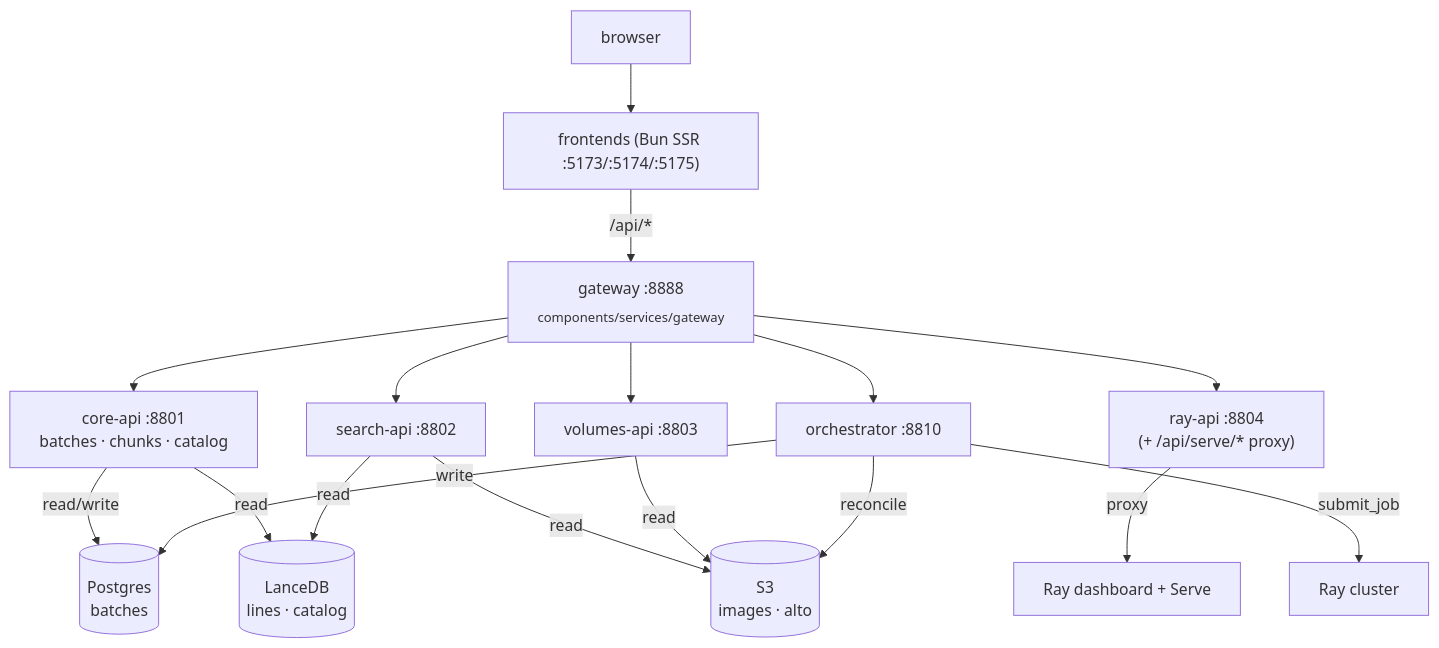
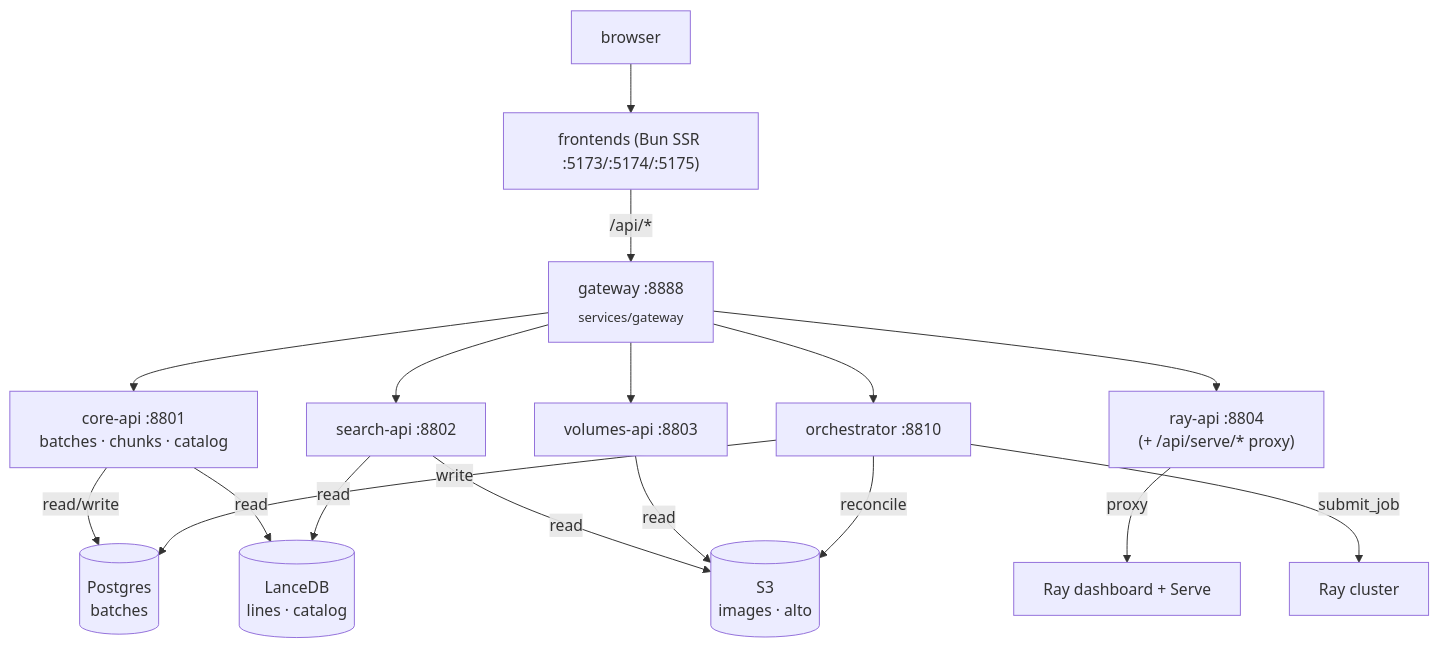
One commit to AI-Riksarkivet/rask changed the diagram in docs/architecture/microservices.md. Above: the diagram before and after it, drawn with Mermaid. The commit also changed other lines of this file and 519 other files, not shown here.

````diff
--- a/docs/architecture/microservices.md
+++ b/docs/architecture/microservices.md
@@ -53,20 +53,20 @@
 ```mermaid
 flowchart TD
     browser["browser"] --> fe["frontends (Bun SSR :5173/:5174/:5175)"]
-    fe -->|/api/*| gw["gateway :8888<br/><sub>components/services/gateway</sub>"]
+    fe -->|/api/*| gw["gateway :8888<br/><sub>services/gateway</sub>"]
     gw --> core["core-api :8801<br/>batches · chunks · catalog"]
     gw --> search["search-api :8802"]
     gw --> volumes["volumes-api :8803"]
     gw --> rayapi["ray-api :8804<br/>(+ /api/serve/* proxy)"]
     gw --> orch["orchestrator :8810"]
 
     core -->|read/write| pg[("Postgres<br/>batches")]
     core -->|read| lance[("LanceDB<br/>lines · catalog")]
     search -->|read| lance
     search -->|read| s3[("S3<br/>images · alto")]
     volumes -->|read| s3
     rayapi -->|proxy| raydash["Ray dashboard + Serve"]
     orch -->|write| pg
     orch -->|reconcile| s3
     orch -->|submit_job| ray["Ray cluster"]
 ```
````
